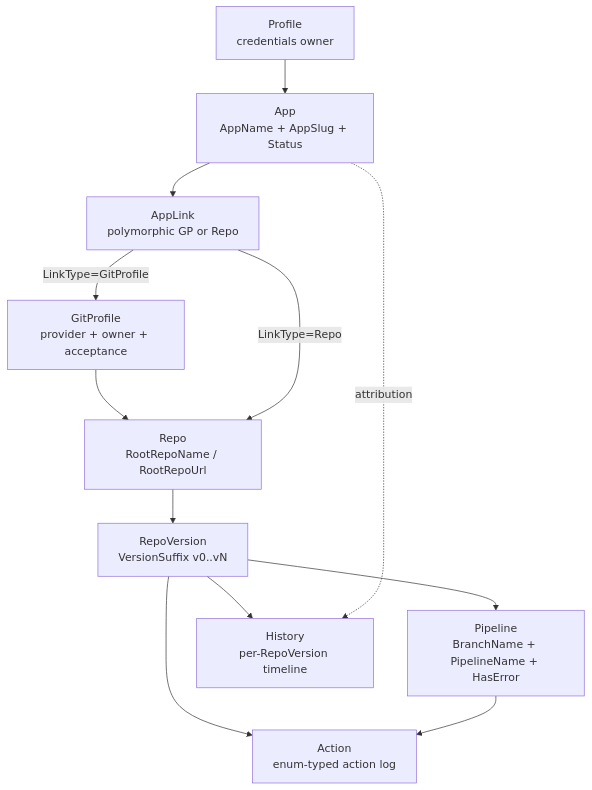
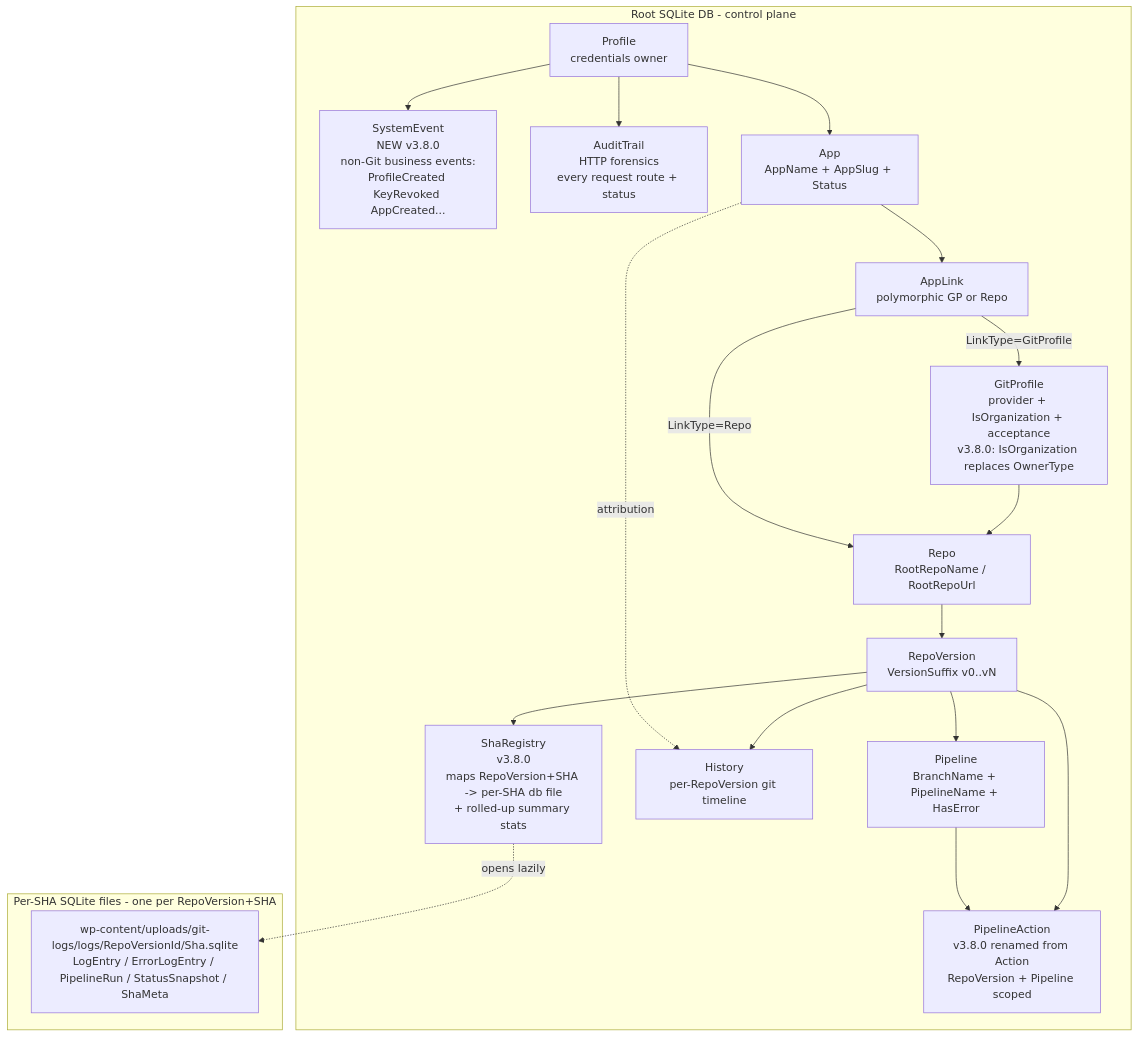
Before and after one commit to alimtvnetwork/wp-git-log-v3: the diagram in spec/26-gitlogs-diagrams/02-domain-design.mmd, drawn with Mermaid. The commit also changed 1 other file, not shown here.

```diff
--- a/spec/26-gitlogs-diagrams/02-domain-design.mmd
+++ b/spec/26-gitlogs-diagrams/02-domain-design.mmd
@@ -1,23 +1,34 @@
 graph TD
-    GP[GitProfile<br/>provider + owner + acceptance]
+    GP[GitProfile<br/>provider + IsOrganization + acceptance<br/>v3.8.0: IsOrganization replaces OwnerType]
     R[Repo<br/>RootRepoName / RootRepoUrl]
     RV[RepoVersion<br/>VersionSuffix v0..vN]
     P[Pipeline<br/>BranchName + PipelineName + HasError]
-    H[History<br/>per-RepoVersion timeline]
-    A[Action<br/>enum-typed action log]
+    H[History<br/>per-RepoVersion git timeline]
+    PA[PipelineAction<br/>v3.8.0 renamed from Action<br/>RepoVersion + Pipeline scoped]
+    SE[SystemEvent<br/>NEW v3.8.0<br/>non-Git business events:<br/>ProfileCreated KeyRevoked AppCreated...]
+    AT[AuditTrail<br/>HTTP forensics<br/>every request route + status]
     APP[App<br/>AppName + AppSlug + Status]
     AL[AppLink<br/>polymorphic GP or Repo]
     PR[Profile<br/>credentials owner]
 
-    GP --> R
-    R --> RV
-    RV --> P
-    RV --> H
-    RV --> A
-    P --> A
+    subgraph RootDB[Root SQLite DB - control plane]
+        GP --> R
+        R --> RV
+        RV --> P
+        RV --> H
+        RV --> PA
+        P --> PA
+        PR --> APP
+        APP --> AL
+        AL -->|LinkType=GitProfile| GP
+        AL -->|LinkType=Repo| R
+        APP -.attribution.-> H
+        PR --> SE
+        PR --> AT
+        SR[ShaRegistry<br/>v3.8.0<br/>maps RepoVersion+SHA -> per-SHA db file<br/>+ rolled-up summary stats]
+        RV --> SR
+    end
 
-    PR --> APP
-    APP --> AL
-    AL -->|LinkType=GitProfile| GP
-    AL -->|LinkType=Repo| R
-    APP -.attribution.-> H
+    subgraph PerShaDB[Per-SHA SQLite files - one per RepoVersion+SHA]
+        SR -.opens lazily.-> SHADB[wp-content/uploads/git-logs/logs/RepoVersionId/Sha.sqlite<br/>LogEntry / ErrorLogEntry / PipelineRun / StatusSnapshot / ShaMeta]
+    end
```
